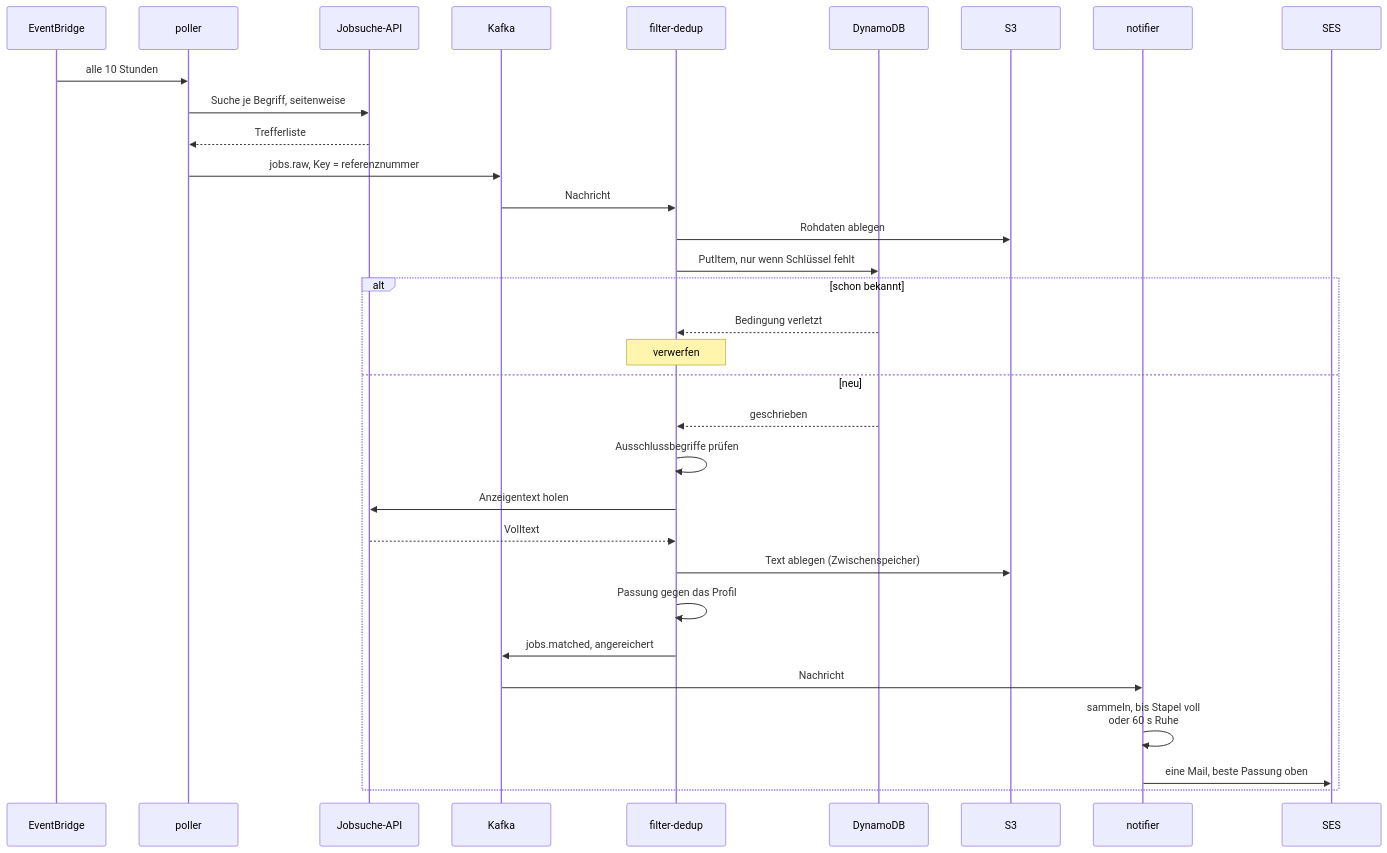
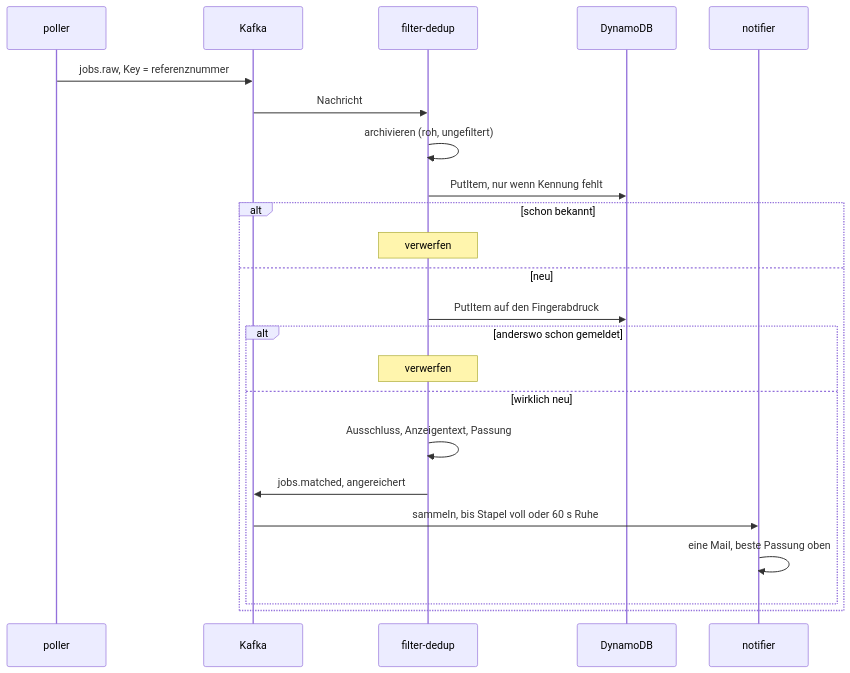
The second of 3 diagrams in README.md (mariohansen/JobRadar), drawn with Mermaid before and after one commit. The commit also changed other lines of this file, not shown here.

First line of the commit message:
README kuerzen und Architekturdiagramm entzerren

````diff
--- a/README.md
+++ b/README.md
@@ -185,35 +159,26 @@
 ```mermaid
 sequenceDiagram
-    participant S as EventBridge
     participant P as poller
-    participant BA as Jobsuche-API
     participant K as Kafka
     participant F as filter-dedup
     participant D as DynamoDB
-    participant A as S3
     participant N as notifier
-    participant M as SES
 
-    S->>P: alle 10 Stunden
-    P->>BA: Suche je Begriff, seitenweise
-    BA-->>P: Trefferliste
     P->>K: jobs.raw, Key = referenznummer
     K->>F: Nachricht
-    F->>A: Rohdaten ablegen
-    F->>D: PutItem, nur wenn Schlüssel fehlt
+    F->>F: archivieren (roh, ungefiltert)
+    F->>D: PutItem, nur wenn Kennung fehlt
     alt schon bekannt
-        D-->>F: Bedingung verletzt
         Note over F: verwerfen
     else neu
-        D-->>F: geschrieben
-        F->>F: Ausschlussbegriffe prüfen
-        F->>BA: Anzeigentext holen
-        BA-->>F: Volltext
-        F->>A: Text ablegen (Zwischenspeicher)
-        F->>F: Passung gegen das Profil
-        F->>K: jobs.matched, angereichert
-        K->>N: Nachricht
-        N->>N: sammeln, bis Stapel voll<br/>oder 60 s Ruhe
-        N->>M: eine Mail, beste Passung oben
+        F->>D: PutItem auf den Fingerabdruck
+        alt anderswo schon gemeldet
+            Note over F: verwerfen
+        else wirklich neu
+            F->>F: Ausschluss, Anzeigentext, Passung
+            F->>K: jobs.matched, angereichert
+            K->>N: sammeln, bis Stapel voll oder 60 s Ruhe
+            N->>N: eine Mail, beste Passung oben
+        end
     end
 ```
````
